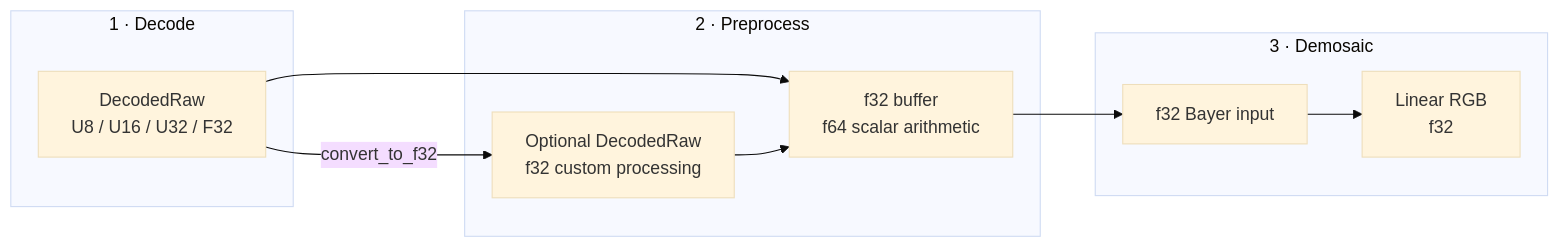
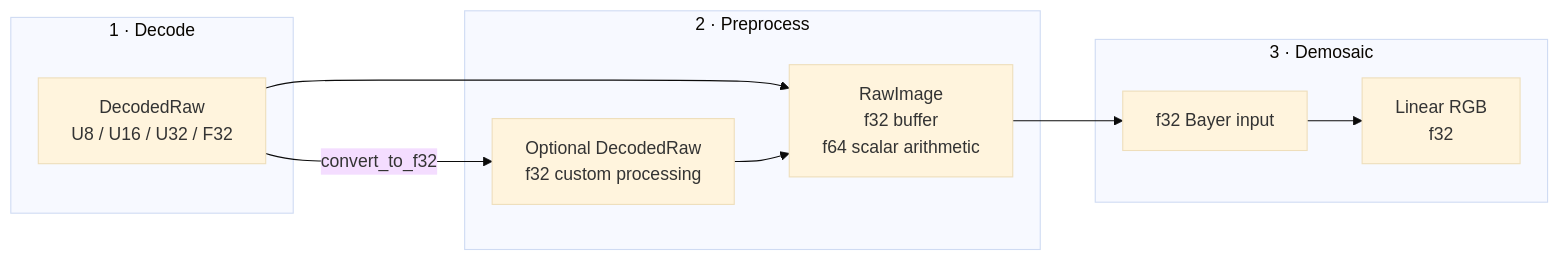
One commit to Glatzel/fornax changed the diagram in docs/raw-pipeline/README.md. Above: the diagram before and after it, drawn with Mermaid (base theme). The commit also changed 12 other files, not shown here.

````diff
--- a/docs/raw-pipeline/README.md
+++ b/docs/raw-pipeline/README.md
@@ -27,22 +27,22 @@
 ```mermaid
 flowchart LR
     subgraph DecodePhase["1 · Decode"]
         Decode["DecodedRaw\nU8 / U16 / U32 / F32"]
     end
 
     subgraph PreprocessPhase["2 · Preprocess"]
         Convert["Optional DecodedRaw\nf32 custom processing"]
-        Pre["f32 buffer\nf64 scalar arithmetic"]
+        Pre["RawImage\nf32 buffer\nf64 scalar arithmetic"]
     end
 
     subgraph DemosaicPhase["3 · Demosaic"]
         Demo["f32 Bayer input"]
         Output["Linear RGB\nf32"]
     end
 
     Decode --> Pre
     Decode -->|"convert_to_f32"| Convert
     Convert --> Pre
     Pre --> Demo
     Demo --> Output
 ```
````
